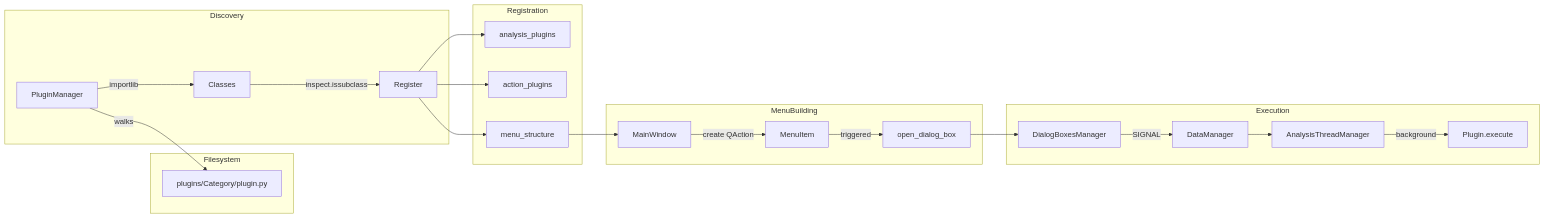
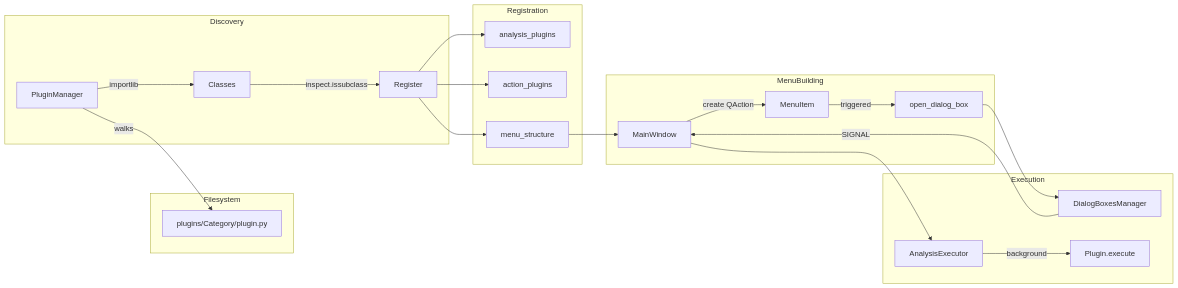
Before and after one commit to Sepehr-Sobhani-AU/SPCToolkit: the eighth of 8 diagrams in ARCHITECTURE.md, drawn with Mermaid. The commit also changed other lines of this file and 1 other file, not shown here.

First line of the commit message:
Update CLAUDE.md and ARCHITECTURE.md for new architecture

````diff
--- a/ARCHITECTURE.md
+++ b/ARCHITECTURE.md
@@ -409,32 +442,32 @@
 ```mermaid
 flowchart LR
     subgraph Filesystem
         PF[plugins/Category/plugin.py]
     end
 
     subgraph Discovery
         PM[PluginManager]
         PM -->|walks| PF
         PM -->|importlib| Classes
         Classes -->|inspect.issubclass| Register
     end
 
     subgraph Registration
         Register --> analysis_plugins
         Register --> action_plugins
         Register --> menu_structure
     end
 
     subgraph MenuBuilding
         menu_structure --> MainWindow
         MainWindow -->|create QAction| MenuItem
         MenuItem -->|triggered| open_dialog_box
     end
 
     subgraph Execution
         open_dialog_box --> DialogBoxesManager
-        DialogBoxesManager -->|SIGNAL| DataManager
-        DataManager --> AnalysisThreadManager
-        AnalysisThreadManager -->|background| Plugin.execute
+        DialogBoxesManager -->|SIGNAL| MainWindow
+        MainWindow --> AnalysisExecutor
+        AnalysisExecutor -->|background| Plugin.execute
     end
 ```
````
